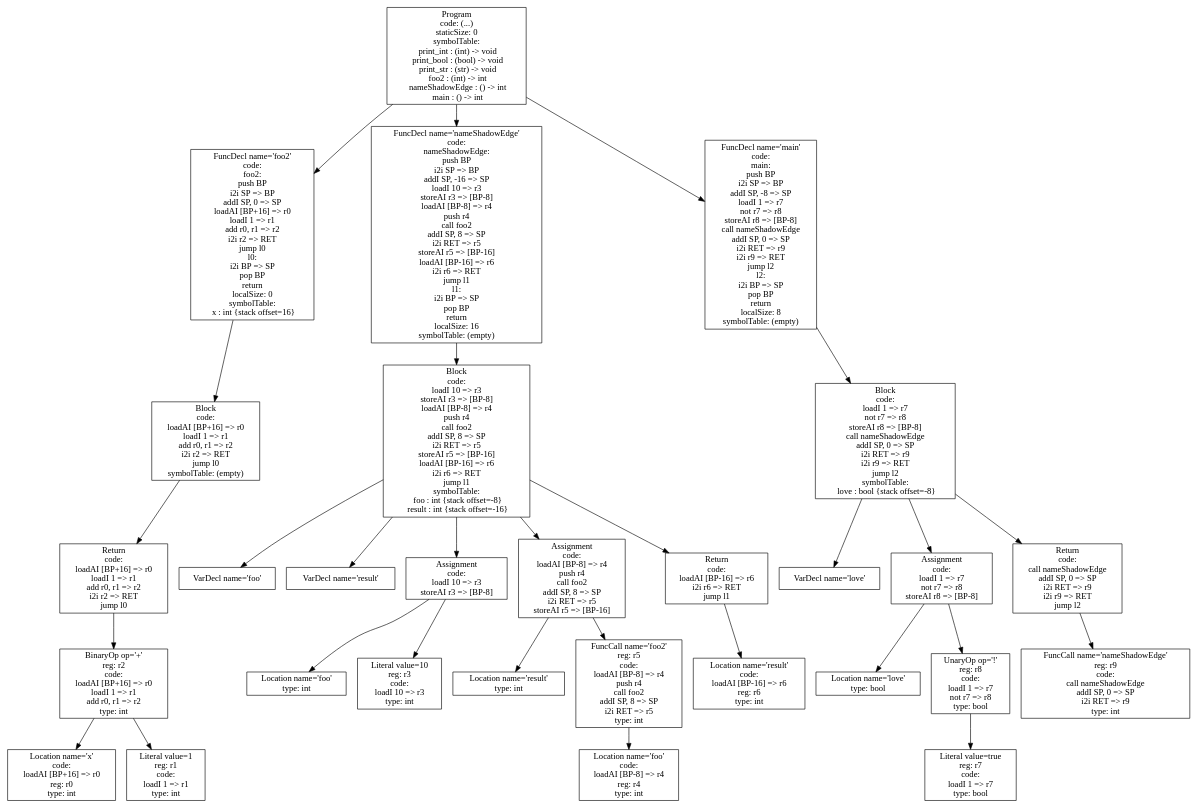
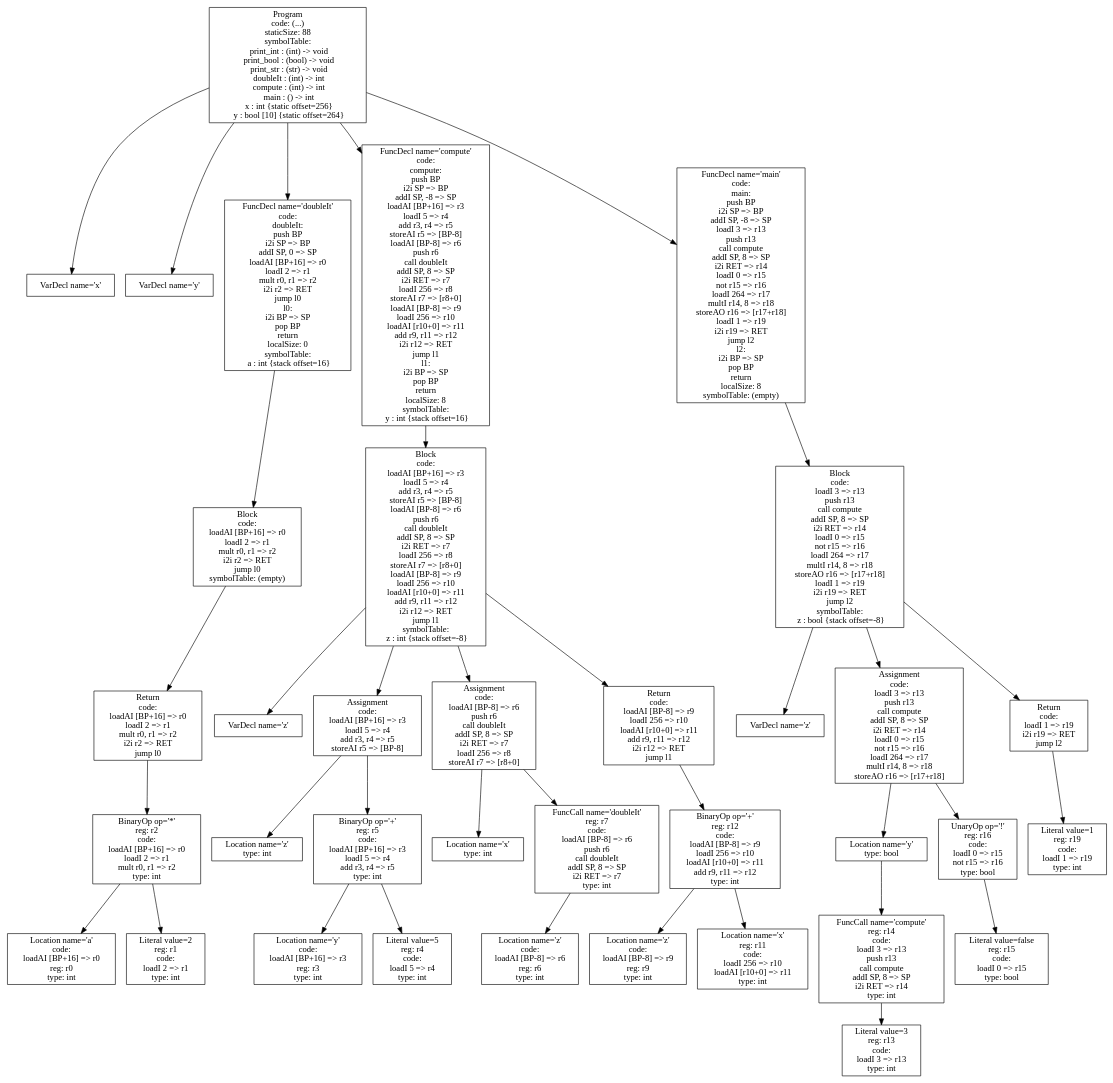
One commit to purejerome/cs432_project changed the diagram in p4-codegen/iloc-tree.dot. Above: the diagram before and after it, drawn with Graphviz. The commit also changed 4 other files, not shown here.

```diff
--- a/p4-codegen/iloc-tree.dot
+++ b/p4-codegen/iloc-tree.dot
@@ -1,59 +1,73 @@
 digraph AST {
-5 [shape=box, label="Location name='x'\ncode: \nloadAI [BP+16] => r0\nreg: r0\ntype: int"];
-6 [shape=box, label="Literal value=1\nreg: r1\ncode: \nloadI 1 => r1\ntype: int"];
-4 [shape=box, label="BinaryOp op='+'\nreg: r2\ncode: \nloadAI [BP+16] => r0\nloadI 1 => r1\nadd r0, r1 => r2\ntype: int"];
+1 [shape=box, label="VarDecl name='x'"];
+2 [shape=box, label="VarDecl name='y'"];
+7 [shape=box, label="Location name='a'\ncode: \nloadAI [BP+16] => r0\nreg: r0\ntype: int"];
+8 [shape=box, label="Literal value=2\nreg: r1\ncode: \nloadI 2 => r1\ntype: int"];
+6 [shape=box, label="BinaryOp op='*'\nreg: r2\ncode: \nloadAI [BP+16] => r0\nloadI 2 => r1\nmult r0, r1 => r2\ntype: int"];
+6 -> 7;
+6 -> 8;
+5 [shape=box, label="Return\ncode: \nloadAI [BP+16] => r0\nloadI 2 => r1\nmult r0, r1 => r2\ni2i r2 => RET\njump l0"];
+5 -> 6;
+4 [shape=box, label="Block\ncode: \nloadAI [BP+16] => r0\nloadI 2 => r1\nmult r0, r1 => r2\ni2i r2 => RET\njump l0\nsymbolTable: (empty)"];
 4 -> 5;
-4 -> 6;
-3 [shape=box, label="Return\ncode: \nloadAI [BP+16] => r0\nloadI 1 => r1\nadd r0, r1 => r2\ni2i r2 => RET\njump l0"];
+3 [shape=box, label="FuncDecl name='doubleIt'\ncode: \ndoubleIt:\npush BP\ni2i SP => BP\naddI SP, 0 => SP\nloadAI [BP+16] => r0\nloadI 2 => r1\nmult r0, r1 => r2\ni2i r2 => RET\njump l0\nl0:\ni2i BP => SP\npop BP\nreturn\nlocalSize: 0\nsymbolTable: \n  a : int {stack offset=16}"];
 3 -> 4;
-2 [shape=box, label="Block\ncode: \nloadAI [BP+16] => r0\nloadI 1 => r1\nadd r0, r1 => r2\ni2i r2 => RET\njump l0\nsymbolTable: (empty)"];
-2 -> 3;
-1 [shape=box, label="FuncDecl name='foo2'\ncode: \nfoo2:\npush BP\ni2i SP => BP\naddI SP, 0 => SP\nloadAI [BP+16] => r0\nloadI 1 => r1\nadd r0, r1 => r2\ni2i r2 => RET\njump l0\nl0:\ni2i BP => SP\npop BP\nreturn\nlocalSize: 0\nsymbolTable: \n  x : int {stack offset=16}"];
-1 -> 2;
-9 [shape=box, label="VarDecl name='foo'"];
-10 [shape=box, label="VarDecl name='result'"];
-12 [shape=box, label="Location name='foo'\ntype: int"];
-13 [shape=box, label="Literal value=10\nreg: r3\ncode: \nloadI 10 => r3\ntype: int"];
-11 [shape=box, label="Assignment\ncode: \nloadI 10 => r3\nstoreAI r3 => [BP-8]"];
-11 -> 12;
-11 -> 13;
-15 [shape=box, label="Location name='result'\ntype: int"];
-17 [shape=box, label="Location name='foo'\ncode: \nloadAI [BP-8] => r4\nreg: r4\ntype: int"];
-16 [shape=box, label="FuncCall name='foo2'\nreg: r5\ncode: \nloadAI [BP-8] => r4\npush r4\ncall foo2\naddI SP, 8 => SP\ni2i RET => r5\ntype: int"];
-16 -> 17;
-14 [shape=box, label="Assignment\ncode: \nloadAI [BP-8] => r4\npush r4\ncall foo2\naddI SP, 8 => SP\ni2i RET => r5\nstoreAI r5 => [BP-16]"];
+11 [shape=box, label="VarDecl name='z'"];
+13 [shape=box, label="Location name='z'\ntype: int"];
+15 [shape=box, label="Location name='y'\ncode: \nloadAI [BP+16] => r3\nreg: r3\ntype: int"];
+16 [shape=box, label="Literal value=5\nreg: r4\ncode: \nloadI 5 => r4\ntype: int"];
+14 [shape=box, label="BinaryOp op='+'\nreg: r5\ncode: \nloadAI [BP+16] => r3\nloadI 5 => r4\nadd r3, r4 => r5\ntype: int"];
 14 -> 15;
 14 -> 16;
-19 [shape=box, label="Location name='result'\ncode: \nloadAI [BP-16] => r6\nreg: r6\ntype: int"];
-18 [shape=box, label="Return\ncode: \nloadAI [BP-16] => r6\ni2i r6 => RET\njump l1"];
-18 -> 19;
-8 [shape=box, label="Block\ncode: \nloadI 10 => r3\nstoreAI r3 => [BP-8]\nloadAI [BP-8] => r4\npush r4\ncall foo2\naddI SP, 8 => SP\ni2i RET => r5\nstoreAI r5 => [BP-16]\nloadAI [BP-16] => r6\ni2i r6 => RET\njump l1\nsymbolTable: \n  foo : int {stack offset=-8}\n  result : int {stack offset=-16}"];
-8 -> 9;
-8 -> 10;
-8 -> 11;
-8 -> 14;
-8 -> 18;
-7 [shape=box, label="FuncDecl name='nameShadowEdge'\ncode: \nnameShadowEdge:\npush BP\ni2i SP => BP\naddI SP, -16 => SP\nloadI 10 => r3\nstoreAI r3 => [BP-8]\nloadAI [BP-8] => r4\npush r4\ncall foo2\naddI SP, 8 => SP\ni2i RET => r5\nstoreAI r5 => [BP-16]\nloadAI [BP-16] => r6\ni2i r6 => RET\njump l1\nl1:\ni2i BP => SP\npop BP\nreturn\nlocalSize: 16\nsymbolTable: (empty)"];
-7 -> 8;
-22 [shape=box, label="VarDecl name='love'"];
-24 [shape=box, label="Location name='love'\ntype: bool"];
-26 [shape=box, label="Literal value=true\nreg: r7\ncode: \nloadI 1 => r7\ntype: bool"];
-25 [shape=box, label="UnaryOp op='!'\nreg: r8\ncode: \nloadI 1 => r7\nnot r7 => r8\ntype: bool"];
+12 [shape=box, label="Assignment\ncode: \nloadAI [BP+16] => r3\nloadI 5 => r4\nadd r3, r4 => r5\nstoreAI r5 => [BP-8]"];
+12 -> 13;
+12 -> 14;
+18 [shape=box, label="Location name='x'\ntype: int"];
+20 [shape=box, label="Location name='z'\ncode: \nloadAI [BP-8] => r6\nreg: r6\ntype: int"];
+19 [shape=box, label="FuncCall name='doubleIt'\nreg: r7\ncode: \nloadAI [BP-8] => r6\npush r6\ncall doubleIt\naddI SP, 8 => SP\ni2i RET => r7\ntype: int"];
+19 -> 20;
+17 [shape=box, label="Assignment\ncode: \nloadAI [BP-8] => r6\npush r6\ncall doubleIt\naddI SP, 8 => SP\ni2i RET => r7\nloadI 256 => r8\nstoreAI r7 => [r8+0]"];
+17 -> 18;
+17 -> 19;
+23 [shape=box, label="Location name='z'\ncode: \nloadAI [BP-8] => r9\nreg: r9\ntype: int"];
+24 [shape=box, label="Location name='x'\nreg: r11\ncode: \nloadI 256 => r10\nloadAI [r10+0] => r11\ntype: int"];
+22 [shape=box, label="BinaryOp op='+'\nreg: r12\ncode: \nloadAI [BP-8] => r9\nloadI 256 => r10\nloadAI [r10+0] => r11\nadd r9, r11 => r12\ntype: int"];
+22 -> 23;
+22 -> 24;
+21 [shape=box, label="Return\ncode: \nloadAI [BP-8] => r9\nloadI 256 => r10\nloadAI [r10+0] => r11\nadd r9, r11 => r12\ni2i r12 => RET\njump l1"];
+21 -> 22;
+10 [shape=box, label="Block\ncode: \nloadAI [BP+16] => r3\nloadI 5 => r4\nadd r3, r4 => r5\nstoreAI r5 => [BP-8]\nloadAI [BP-8] => r6\npush r6\ncall doubleIt\naddI SP, 8 => SP\ni2i RET => r7\nloadI 256 => r8\nstoreAI r7 => [r8+0]\nloadAI [BP-8] => r9\nloadI 256 => r10\nloadAI [r10+0] => r11\nadd r9, r11 => r12\ni2i r12 => RET\njump l1\nsymbolTable: \n  z : int {stack offset=-8}"];
+10 -> 11;
+10 -> 12;
+10 -> 17;
+10 -> 21;
+9 [shape=box, label="FuncDecl name='compute'\ncode: \ncompute:\npush BP\ni2i SP => BP\naddI SP, -8 => SP\nloadAI [BP+16] => r3\nloadI 5 => r4\nadd r3, r4 => r5\nstoreAI r5 => [BP-8]\nloadAI [BP-8] => r6\npush r6\ncall doubleIt\naddI SP, 8 => SP\ni2i RET => r7\nloadI 256 => r8\nstoreAI r7 => [r8+0]\nloadAI [BP-8] => r9\nloadI 256 => r10\nloadAI [r10+0] => r11\nadd r9, r11 => r12\ni2i r12 => RET\njump l1\nl1:\ni2i BP => SP\npop BP\nreturn\nlocalSize: 8\nsymbolTable: \n  y : int {stack offset=16}"];
+9 -> 10;
+27 [shape=box, label="VarDecl name='z'"];
+31 [shape=box, label="Literal value=3\nreg: r13\ncode: \nloadI 3 => r13\ntype: int"];
+30 [shape=box, label="FuncCall name='compute'\nreg: r14\ncode: \nloadI 3 => r13\npush r13\ncall compute\naddI SP, 8 => SP\ni2i RET => r14\ntype: int"];
+30 -> 31;
+29 [shape=box, label="Location name='y'\ntype: bool"];
+29 -> 30;
+33 [shape=box, label="Literal value=false\nreg: r15\ncode: \nloadI 0 => r15\ntype: bool"];
+32 [shape=box, label="UnaryOp op='!'\nreg: r16\ncode: \nloadI 0 => r15\nnot r15 => r16\ntype: bool"];
+32 -> 33;
+28 [shape=box, label="Assignment\ncode: \nloadI 3 => r13\npush r13\ncall compute\naddI SP, 8 => SP\ni2i RET => r14\nloadI 0 => r15\nnot r15 => r16\nloadI 264 => r17\nmultI r14, 8 => r18\nstoreAO r16 => [r17+r18]"];
+28 -> 29;
+28 -> 32;
+35 [shape=box, label="Literal value=1\nreg: r19\ncode: \nloadI 1 => r19\ntype: int"];
+34 [shape=box, label="Return\ncode: \nloadI 1 => r19\ni2i r19 => RET\njump l2"];
+34 -> 35;
+26 [shape=box, label="Block\ncode: \nloadI 3 => r13\npush r13\ncall compute\naddI SP, 8 => SP\ni2i RET => r14\nloadI 0 => r15\nnot r15 => r16\nloadI 264 => r17\nmultI r14, 8 => r18\nstoreAO r16 => [r17+r18]\nloadI 1 => r19\ni2i r19 => RET\njump l2\nsymbolTable: \n  z : bool {stack offset=-8}"];
+26 -> 27;
+26 -> 28;
+26 -> 34;
+25 [shape=box, label="FuncDecl name='main'\ncode: \nmain:\npush BP\ni2i SP => BP\naddI SP, -8 => SP\nloadI 3 => r13\npush r13\ncall compute\naddI SP, 8 => SP\ni2i RET => r14\nloadI 0 => r15\nnot r15 => r16\nloadI 264 => r17\nmultI r14, 8 => r18\nstoreAO r16 => [r17+r18]\nloadI 1 => r19\ni2i r19 => RET\njump l2\nl2:\ni2i BP => SP\npop BP\nreturn\nlocalSize: 8\nsymbolTable: (empty)"];
 25 -> 26;
-23 [shape=box, label="Assignment\ncode: \nloadI 1 => r7\nnot r7 => r8\nstoreAI r8 => [BP-8]"];
-23 -> 24;
-23 -> 25;
-28 [shape=box, label="FuncCall name='nameShadowEdge'\nreg: r9\ncode: \ncall nameShadowEdge\naddI SP, 0 => SP\ni2i RET => r9\ntype: int"];
-27 [shape=box, label="Return\ncode: \ncall nameShadowEdge\naddI SP, 0 => SP\ni2i RET => r9\ni2i r9 => RET\njump l2"];
-27 -> 28;
-21 [shape=box, label="Block\ncode: \nloadI 1 => r7\nnot r7 => r8\nstoreAI r8 => [BP-8]\ncall nameShadowEdge\naddI SP, 0 => SP\ni2i RET => r9\ni2i r9 => RET\njump l2\nsymbolTable: \n  love : bool {stack offset=-8}"];
-21 -> 22;
-21 -> 23;
-21 -> 27;
-20 [shape=box, label="FuncDecl name='main'\ncode: \nmain:\npush BP\ni2i SP => BP\naddI SP, -8 => SP\nloadI 1 => r7\nnot r7 => r8\nstoreAI r8 => [BP-8]\ncall nameShadowEdge\naddI SP, 0 => SP\ni2i RET => r9\ni2i r9 => RET\njump l2\nl2:\ni2i BP => SP\npop BP\nreturn\nlocalSize: 8\nsymbolTable: (empty)"];
-20 -> 21;
-0 [shape=box, label="Program\ncode: (...)\nstaticSize: 0\nsymbolTable: \n  print_int : (int) -> void\n  print_bool : (bool) -> void\n  print_str : (str) -> void\n  foo2 : (int) -> int\n  nameShadowEdge : () -> int\n  main : () -> int"];
+0 [shape=box, label="Program\ncode: (...)\nstaticSize: 88\nsymbolTable: \n  print_int : (int) -> void\n  print_bool : (bool) -> void\n  print_str : (str) -> void\n  doubleIt : (int) -> int\n  compute : (int) -> int\n  main : () -> int\n  x : int {static offset=256}\n  y : bool [10] {static offset=264}"];
 0 -> 1;
-0 -> 7;
-0 -> 20;
+0 -> 2;
+0 -> 3;
+0 -> 9;
+0 -> 25;
 }
```
